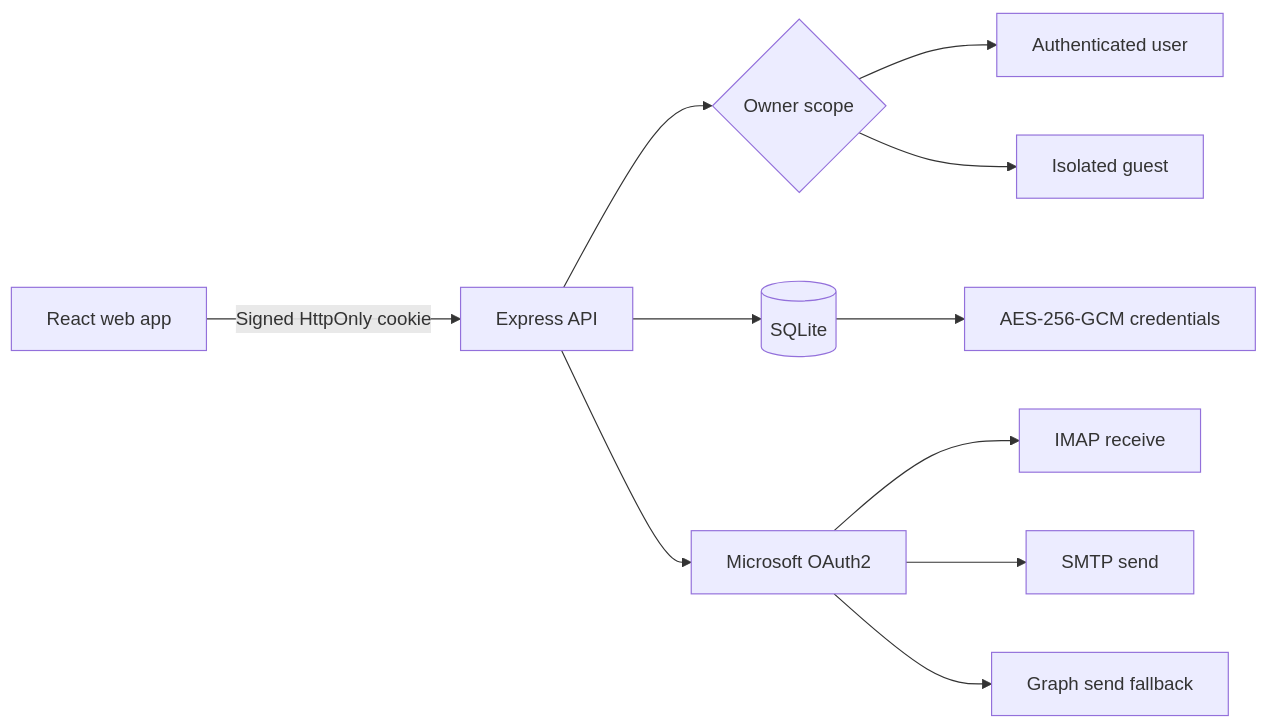
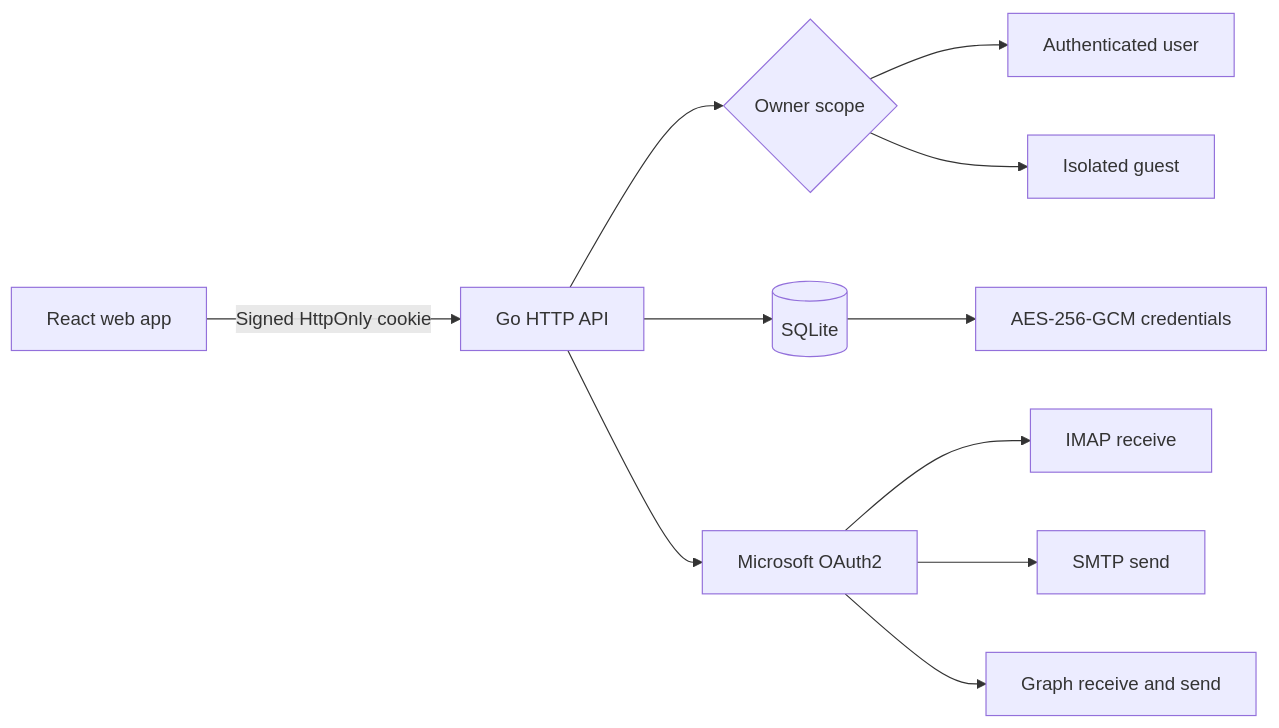
Before and after one commit to neonflux-io/Mail: the diagram in README.md, drawn with Mermaid. The commit also changed other lines of this file and 42 other files, not shown here.

````diff
--- a/README.md
+++ b/README.md
@@ -90,13 +92,13 @@
 ```mermaid
 flowchart LR
-  Browser[React web app] -->|Signed HttpOnly cookie| API[Express API]
+  Browser[React web app] -->|Signed HttpOnly cookie| API[Go HTTP API]
   API --> Identity{Owner scope}
   Identity --> User[Authenticated user]
   Identity --> Guest[Isolated guest]
   API --> DB[(SQLite)]
   DB --> Vault[AES-256-GCM credentials]
   API --> OAuth[Microsoft OAuth2]
   OAuth --> IMAP[IMAP receive]
   OAuth --> SMTP[SMTP send]
-  OAuth --> Graph[Graph send fallback]
+  OAuth --> Graph[Graph receive and send]
 ```
````
